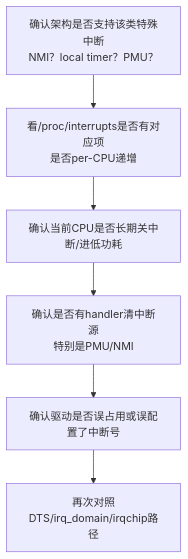
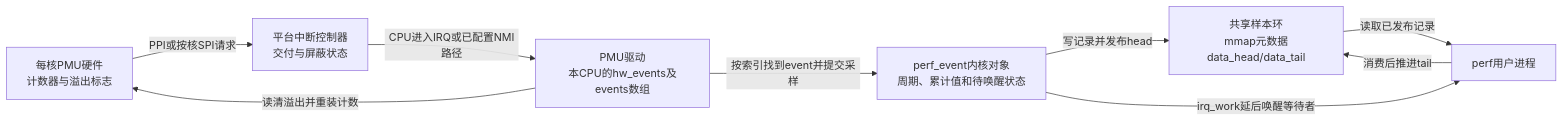
One commit to FormingSystem/linux_note changed the second of 3 diagrams in knowledge/linux/synchronization_and_asynchrony/asynchrony/interrupts/P13_特殊与高优先级中断_NMI_定时器_性能中断.md. Above: the diagram before and after it, drawn with Mermaid. The commit also changed other lines of this file and 1 other file, not shown here.

First line of the commit message:
content(linux/irq): 分清特殊中断的屏蔽条件与性能采样状态

````diff
--- a/knowledge/linux/synchronization_and_asynchrony/asynchrony/interrupts/P13_特殊与高优先级中断_NMI_定时器_性能中断.md
+++ b/knowledge/linux/synchronization_and_asynchrony/asynchrony/interrupts/P13_特殊与高优先级中断_NMI_定时器_性能中断.md
@@ -482,8 +124,11 @@
 ```mermaid
-flowchart TD
-    A["确认架构是否支持该类特殊中断<br/>NMI？local timer？PMU？"] --> B["看/proc/interrupts是否有对应项<br/>是否per-CPU递增"]
-    B --> C["确认当前CPU是否长期关中断/进低功耗"]
-    C --> D["确认是否有handler清中断源<br/>特别是PMU/NMI"]
-    D --> E["确认驱动是否误占用或误配置了中断号"]
-    E --> F["再次对照DTS/irq_domain/irqchip路径"]
+flowchart LR
+    H["每核PMU硬件<br/>计数器与溢出标志"] -->|PPI或按核SPI请求| G["平台中断控制器<br/>交付与屏蔽状态"]
+    G -->|CPU进入IRQ或已配置NMI路径| D["PMU驱动<br/>本CPU的hw_events及events数组"]
+    D -->|读清溢出并重装计数| H
+    D -->|按索引找到event并提交采样| E["perf_event内核对象<br/>周期、累计值和待唤醒状态"]
+    E -->|写记录并发布head| R["共享样本环<br/>mmap元数据data_head/data_tail"]
+    R -->|读取已发布记录| U["perf用户进程"]
+    U -->|消费后推进tail| R
+    E -->|irq_work延后唤醒等待者| U
 ```
````
